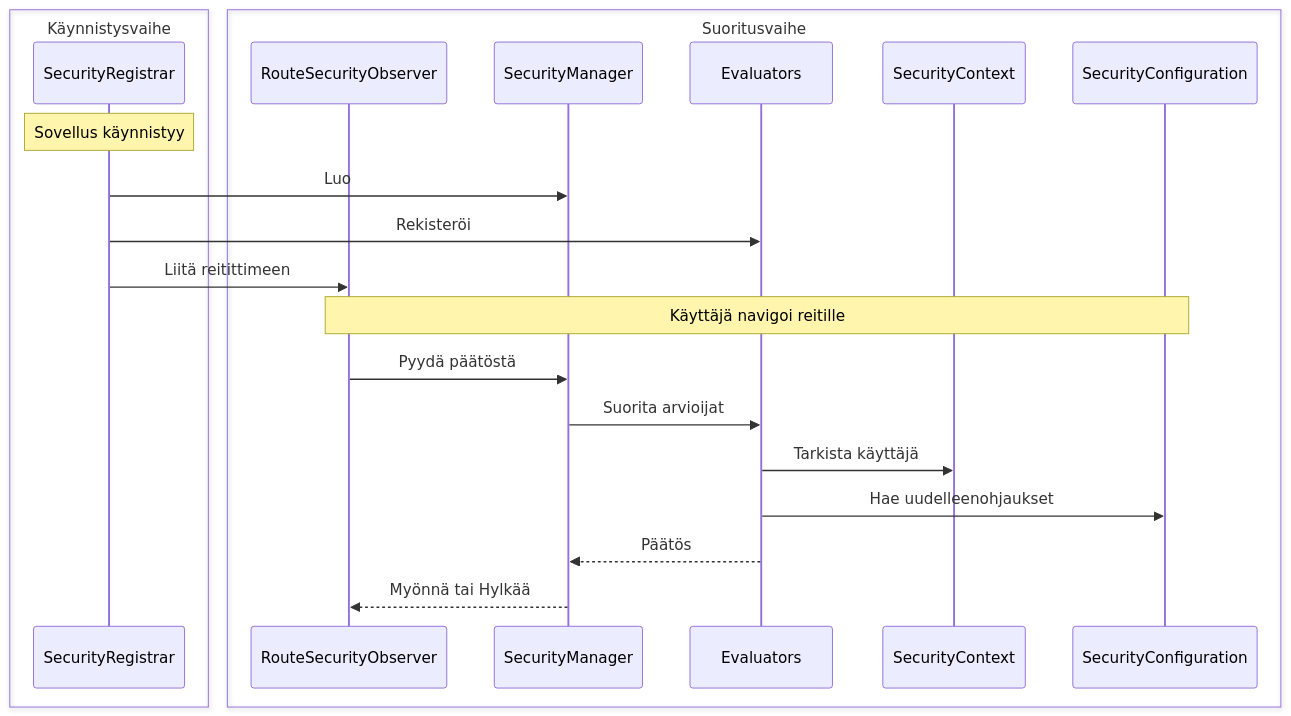
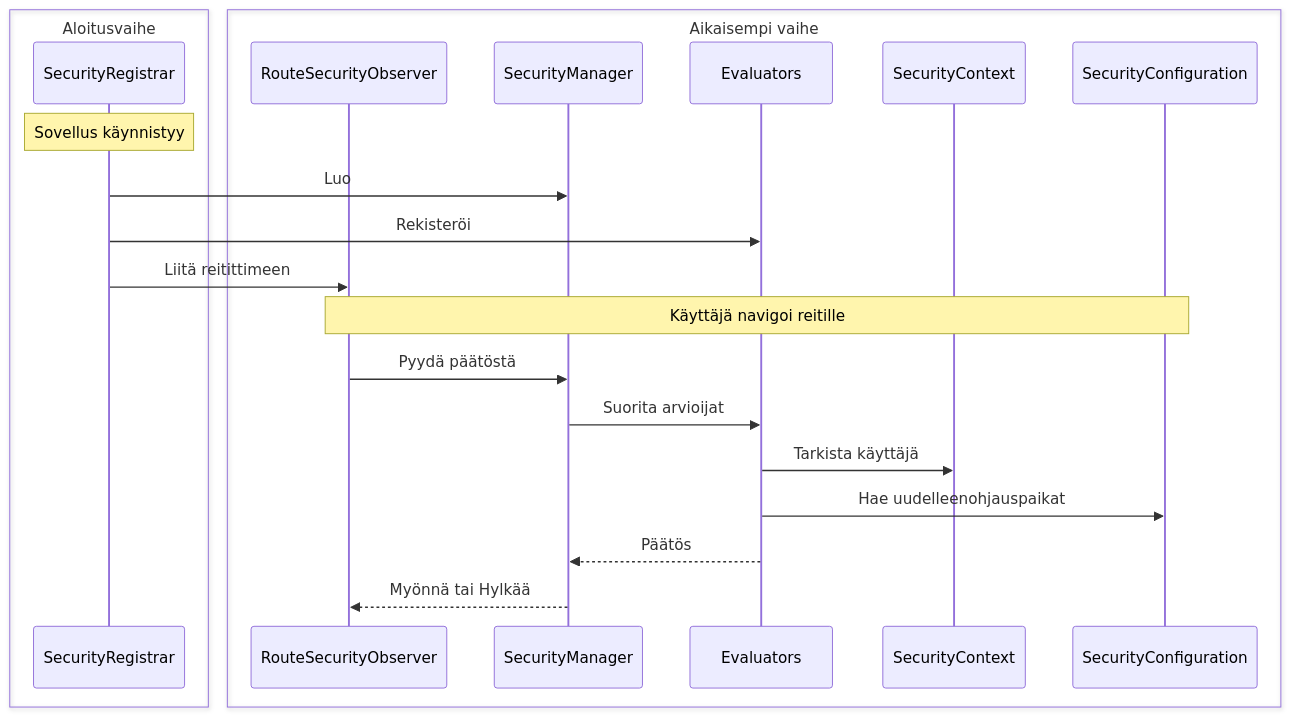
Before and after one commit to webforj/webforj-documentation: the diagram in docs/i18n/fi/docusaurus-plugin-content-docs/current/security/architecture/custom-implementation.md, drawn with Mermaid. The commit also changed other lines of this file and 589 other files, not shown here.

````diff
--- a/docs/i18n/fi/docusaurus-plugin-content-docs/current/security/architecture/custom-implementation.md
+++ b/docs/i18n/fi/docusaurus-plugin-content-docs/current/security/architecture/custom-implementation.md
@@ -28,26 +28,26 @@
 ```mermaid
 sequenceDiagram
-  box Käynnistysvaihe
+  box Aloitusvaihe
   participant Registrar as SecurityRegistrar
   end
-  box Suoritusvaihe
+  box Aikaisempi vaihe
   participant Observer as RouteSecurityObserver
   participant Manager as SecurityManager
   participant Evaluators
   participant Context as SecurityContext
   participant Config as SecurityConfiguration
   end
 
   Note over Registrar: Sovellus käynnistyy
   Registrar->>Manager: Luo
   Registrar->>Evaluators: Rekisteröi
   Registrar->>Observer: Liitä reitittimeen
 
   Note over Observer,Config: Käyttäjä navigoi reitille
   Observer->>Manager: Pyydä päätöstä
   Manager->>Evaluators: Suorita arvioijat
   Evaluators->>Context: Tarkista käyttäjä
-  Evaluators->>Config: Hae uudelleenohjaukset
+  Evaluators->>Config: Hae uudelleenohjauspaikat
   Evaluators-->>Manager: Päätös
   Manager-->>Observer: Myönnä tai Hylkää
 ```
````
